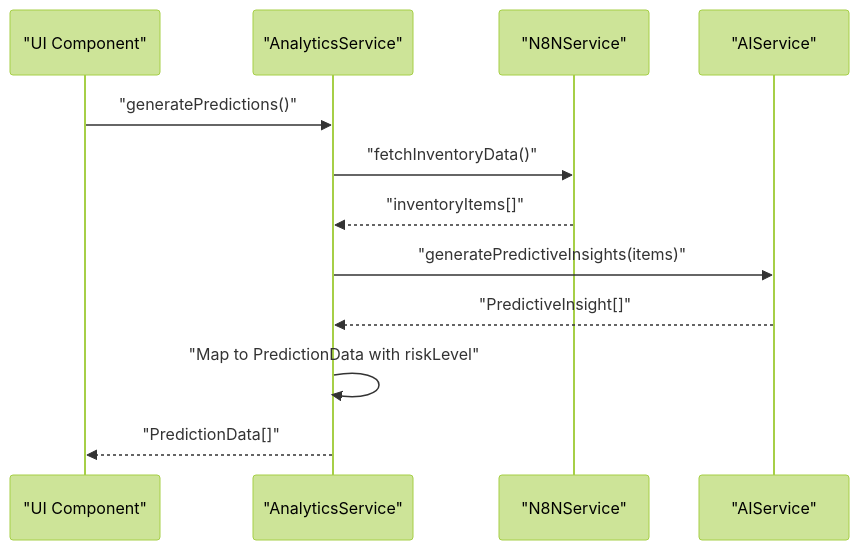
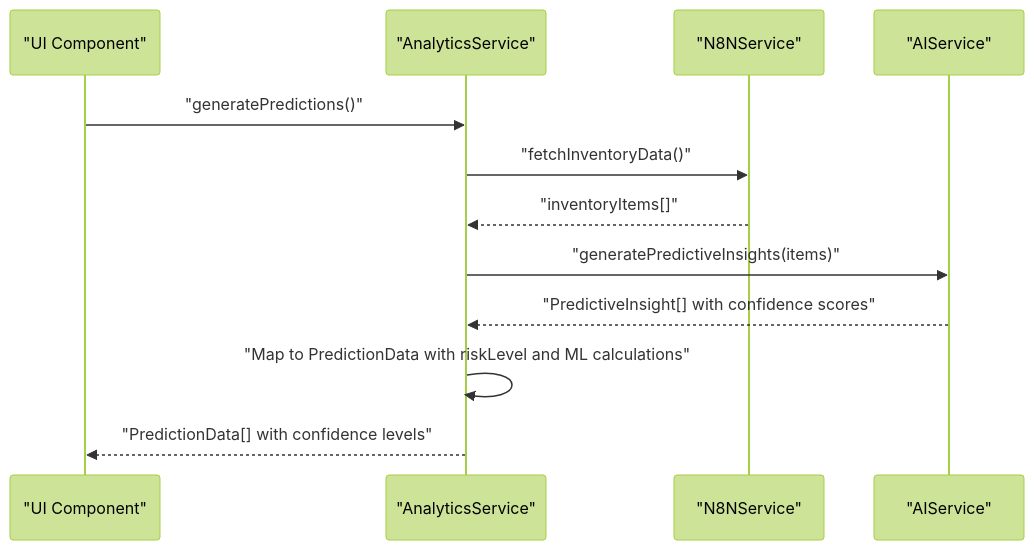
The second of 9 diagrams in .qoder/repowiki/en/content/Services Layer/Services Layer.md (cacamarica/dashboard-ai), drawn with Mermaid (forest theme) before and after one commit. The commit also changed other lines of this file and 5 other files, not shown here.

````diff
--- a/.qoder/repowiki/en/content/Services Layer/Services Layer.md
+++ b/.qoder/repowiki/en/content/Services Layer/Services Layer.md
@@ -174,14 +177,14 @@
 ```mermaid
 sequenceDiagram
 participant UI as "UI Component"
 participant SVC as "AnalyticsService"
 participant N8N as "N8NService"
 participant AI as "AIService"
 UI->>SVC : "generatePredictions()"
 SVC->>N8N : "fetchInventoryData()"
 N8N-->>SVC : "inventoryItems[]"
 SVC->>AI : "generatePredictiveInsights(items)"
-AI-->>SVC : "PredictiveInsight[]"
-SVC->>SVC : "Map to PredictionData with riskLevel"
-SVC-->>UI : "PredictionData[]"
+AI-->>SVC : "PredictiveInsight[] with confidence scores"
+SVC->>SVC : "Map to PredictionData with riskLevel and ML calculations"
+SVC-->>UI : "PredictionData[] with confidence levels"
 ```
````
